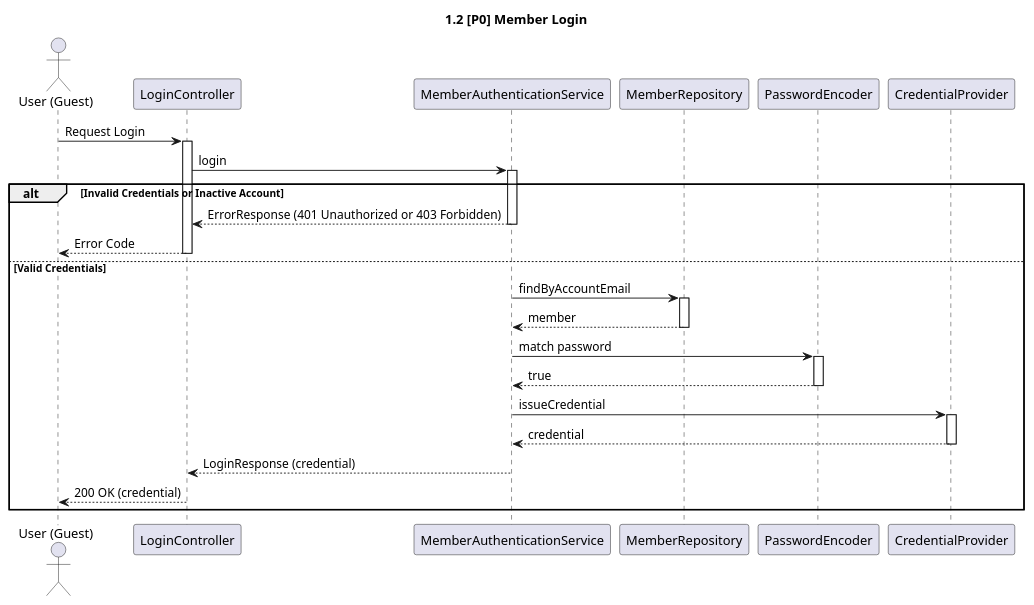
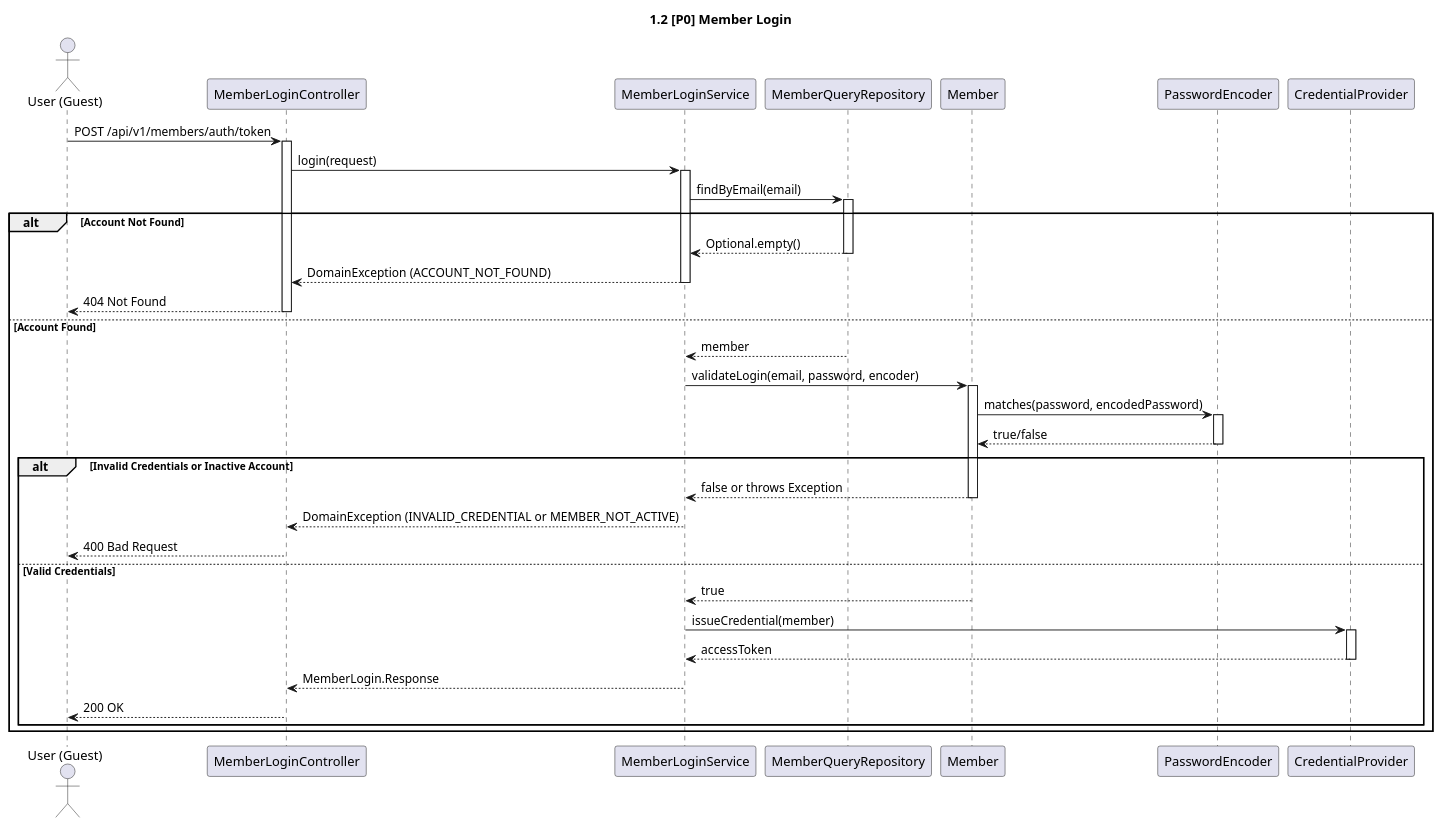
Before and after one commit to f-lab-edu/learning-manager: the diagram in docs/sequences/1.2_member_login.puml, drawn with PlantUML. The commit also changed 49 other files, not shown here.

```diff
--- a/docs/sequences/1.2_member_login.puml
+++ b/docs/sequences/1.2_member_login.puml
@@ -1,47 +1,62 @@
 @startuml
 
 title 1.2 [P0] Member Login
 
 actor "User (Guest)" as User
-participant "LoginController" as Controller
-participant "MemberAuthenticationService" as AppService
-participant "MemberRepository" as Repository
+participant "MemberLoginController" as Controller
+participant "MemberLoginService" as AppService
+participant "MemberQueryRepository" as QueryRepo
+participant "Member" as MemberDomain
 participant "PasswordEncoder" as Encoder
 participant "CredentialProvider" as CredentialProvider
 
-User -> Controller: Request Login
+User -> Controller: POST /api/v1/members/auth/token
 activate Controller
 
-Controller -> AppService: login
+Controller -> AppService: login(request)
 activate AppService
-alt Invalid Credentials or Inactive Account
-    AppService --> Controller: ErrorResponse (401 Unauthorized or 403 Forbidden)
+
+AppService -> QueryRepo: findByEmail(email)
+activate QueryRepo
+alt Account Not Found
+    QueryRepo --> AppService: Optional.empty()
+    deactivate QueryRepo
+    AppService --> Controller: DomainException (ACCOUNT_NOT_FOUND)
     deactivate AppService
-    Controller --> User: Error Code
+    Controller --> User: 404 Not Found
     deactivate Controller
-else Valid Credentials
+else Account Found
+    QueryRepo --> AppService: member
+    deactivate QueryRepo
 
-AppService -> Repository: findByAccountEmail
-activate Repository
-Repository --> AppService: member
-deactivate Repository
+    AppService -> MemberDomain: validateLogin(email, password, encoder)
+    activate MemberDomain
+    MemberDomain -> Encoder: matches(password, encodedPassword)
+    activate Encoder
+    Encoder --> MemberDomain: true/false
+    deactivate Encoder
+    alt Invalid Credentials or Inactive Account
+        MemberDomain --> AppService: false or throws Exception
+        deactivate MemberDomain
+        AppService --> Controller: DomainException (INVALID_CREDENTIAL or MEMBER_NOT_ACTIVE)
+        deactivate AppService
+        Controller --> User: 400 Bad Request
+        deactivate Controller
+    else Valid Credentials
+        MemberDomain --> AppService: true
+        deactivate MemberDomain
 
-AppService -> Encoder: match password
-activate Encoder
-Encoder --> AppService: true
-deactivate Encoder
+        AppService -> CredentialProvider: issueCredential(member)
+        activate CredentialProvider
+        CredentialProvider --> AppService: accessToken
+        deactivate CredentialProvider
 
-AppService -> CredentialProvider: issueCredential
-activate CredentialProvider
-CredentialProvider --> AppService: credential
-deactivate CredentialProvider
+        AppService --> Controller: MemberLogin.Response
+        deactivate AppService
 
-AppService --> Controller: LoginResponse (credential)
-deactivate AppService
-
-Controller --> User: 200 OK (credential)
-deactivate Controller
-
+        Controller --> User: 200 OK
+        deactivate Controller
+    end
 end
 
 @enduml
```
